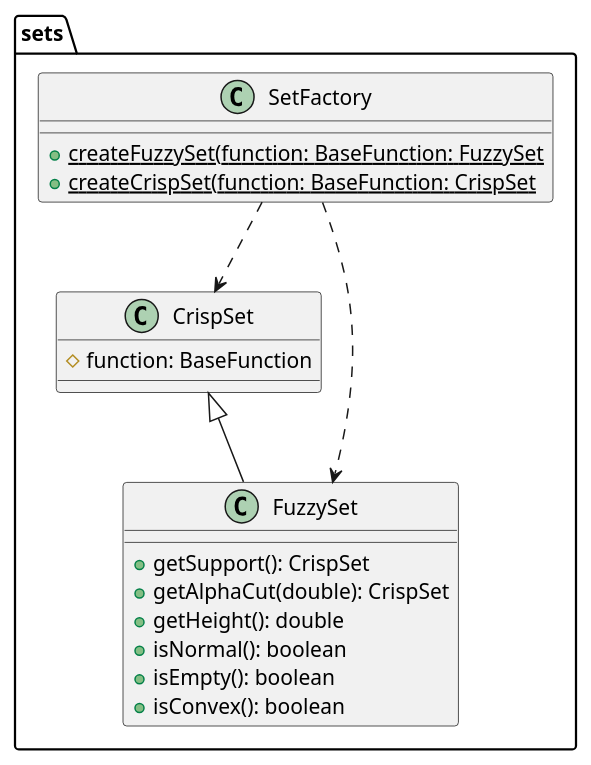
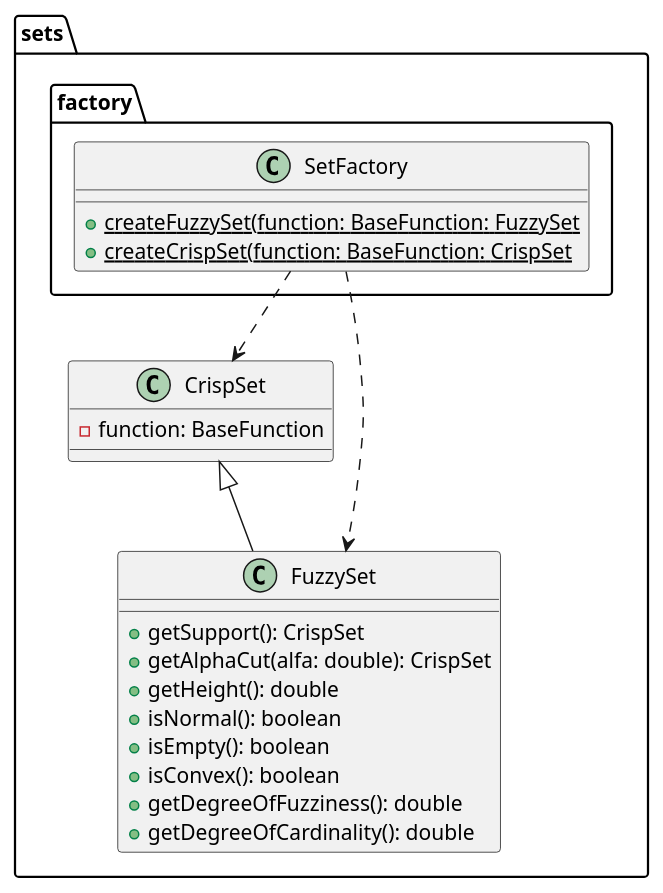
The fourth of 8 diagrams in task2/README.md (kambed/Computer-Recognition-Systems), drawn with PlantUML before and after one commit. The commit also changed other lines of this file, not shown here.

````diff
--- a/task2/README.md
+++ b/task2/README.md
@@ -131,21 +142,25 @@
 ```plantuml
 package sets {
+    package factory {
+        class SetFactory {
+            + {static} createFuzzySet(function: BaseFunction: FuzzySet
+            + {static} createCrispSet(function: BaseFunction: CrispSet
+        }
+    }
     class CrispSet {
-        # function: BaseFunction
+        - function: BaseFunction
     }
     class FuzzySet extends CrispSet {
         + getSupport(): CrispSet
-        + getAlphaCut(double): CrispSet
+        + getAlphaCut(alfa: double): CrispSet
         + getHeight(): double
         + isNormal(): boolean
         + isEmpty(): boolean
         + isConvex(): boolean
-    }
-    class SetFactory {
-        + {static} createFuzzySet(function: BaseFunction: FuzzySet
-        + {static} createCrispSet(function: BaseFunction: CrispSet
+        + getDegreeOfFuzziness(): double
+        + getDegreeOfCardinality(): double
     }
     SetFactory ..> FuzzySet
     SetFactory ..> CrispSet
 }
 ```
````
